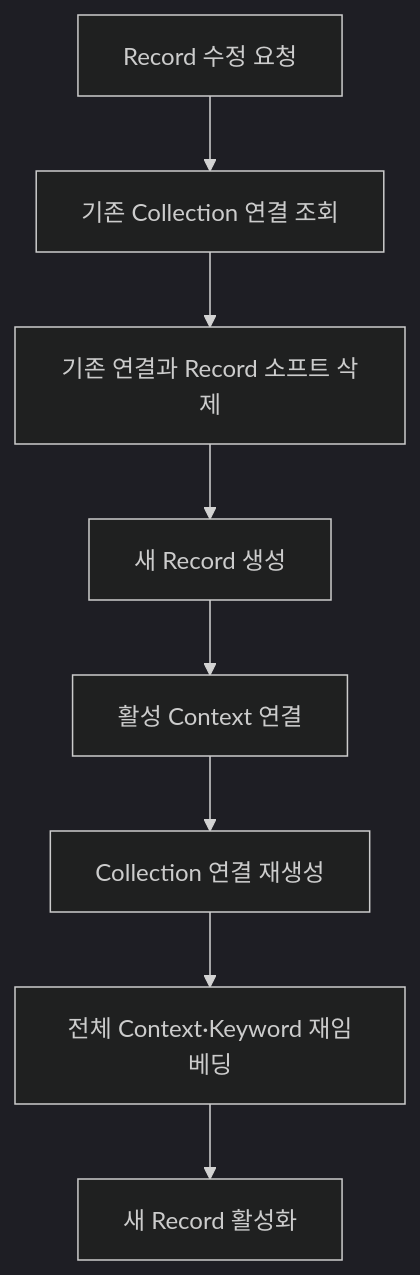
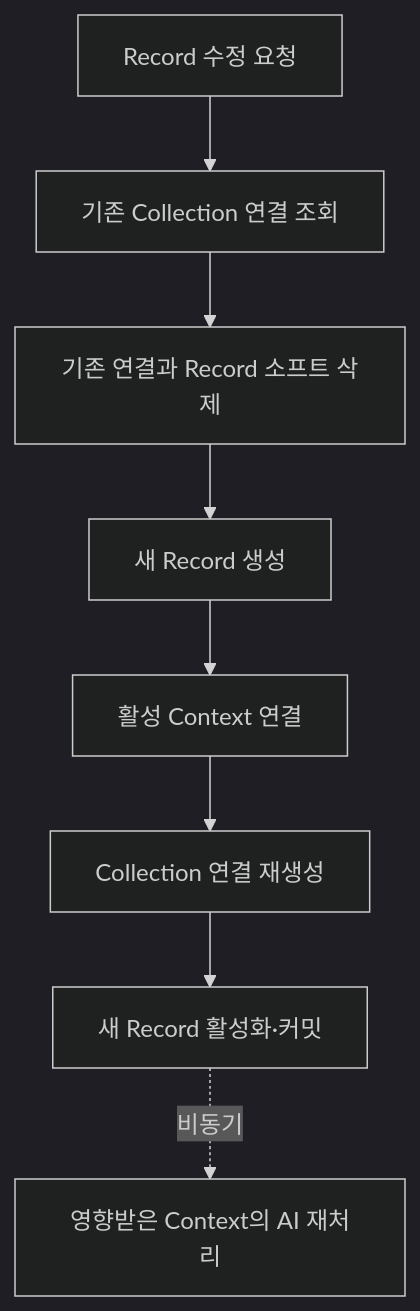
One commit to Team-PinLog/docs changed the fourth of 8 diagrams in static/09_유저플로우.md. Above: the diagram before and after it, drawn with Mermaid (dark theme). The commit also changed other lines of this file and 4 other files, not shown here.

First line of the commit message:
docs: draft 데이터·API·플로우 문서를 AI 설계 계약과 동기화

````diff
--- a/static/09_유저플로우.md
+++ b/static/09_유저플로우.md
@@ -48,10 +47,10 @@
 ```mermaid
 flowchart TD
     A[Record 수정 요청] --> B[기존 Collection 연결 조회]
     B --> C[기존 연결과 Record 소프트 삭제]
     C --> D[새 Record 생성]
     D --> E[활성 Context 연결]
     E --> F[Collection 연결 재생성]
-    F --> G[전체 Context·Keyword 재임베딩]
-    G --> H[새 Record 활성화]
+    F --> G[새 Record 활성화·커밋]
+    G -.비동기.-> H[영향받은 Context의 AI 재처리]
 ```
````
